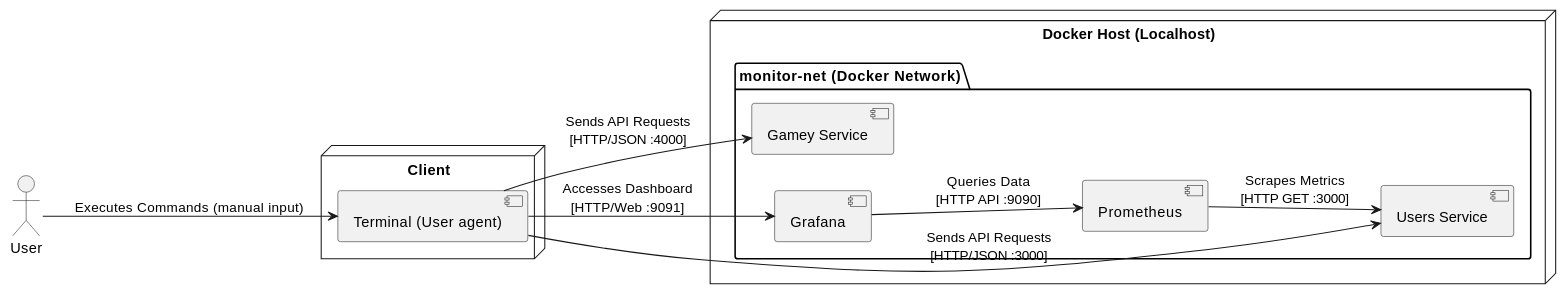
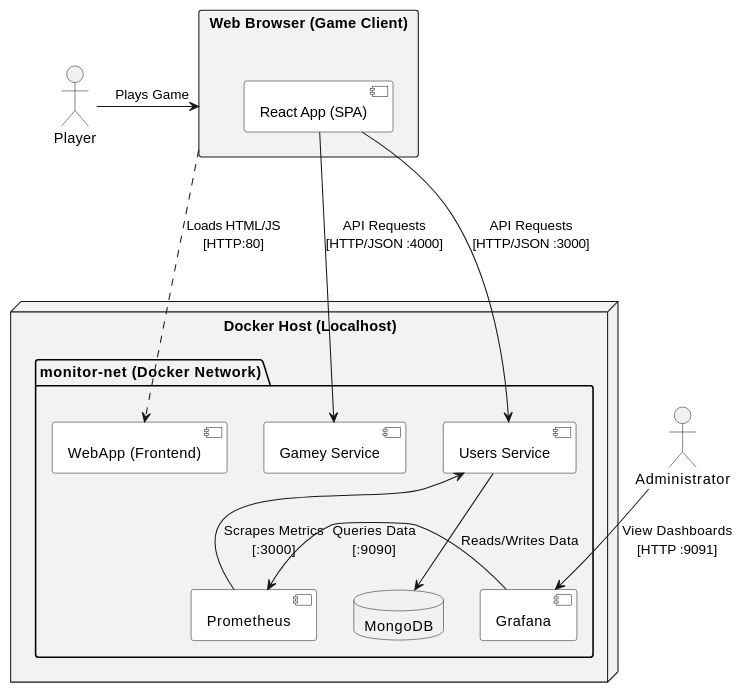
The second of 2 diagrams in docs/src/03_context_and_scope.adoc (Arquisoft/yovi_es1a), drawn with PlantUML before and after one commit. The commit also changed other lines of this file and 3 other files, not shown here.

```diff
--- a/docs/src/03_context_and_scope.adoc
+++ b/docs/src/03_context_and_scope.adoc
@@ -100,36 +96,45 @@
 [plantuml, technical-context-diagram, png]
 ----
 @startuml
 skinparam componentStyle uml2
-skinparam backgroundColor white
-left to right direction
+skinparam componentBackgroundColor white
+skinparam packageBackgroundColor #F2F2F2
+skinparam defaultTextAlignment center
 
-actor "User" as dev
+' Ponemos a los actores en los extremos para abrir el diagrama
+actor "Player" as player
+actor "Administrator" as admin
 
-node "Client" {
-    component "Terminal (User agent)" as client
+rectangle "Web Browser (Game Client)" as browser {
+    component "React App (SPA)" as spa
 }
 
 node "Docker Host (Localhost)" {
-    
     package "monitor-net (Docker Network)" {
+        component "WebApp (Frontend)" as webapp
         component "Users Service" as users
         component "Gamey Service" as gamey
-        
+        database "MongoDB" as mongo
+
+        component "Grafana" as graf
         component "Prometheus" as prom
-        component "Grafana" as graf
     }
 }
 
+player -> browser : Plays Game
+browser ..> webapp : Loads HTML/JS\n[HTTP:80]
 
-dev --> client : Executes Commands (manual input)
+spa ---> users : API Requests\n[HTTP/JSON :3000]
+spa ---> gamey : API Requests\n[HTTP/JSON :4000]
 
-client --> users : Sends API Requests\n[HTTP/JSON :3000]
-client --> gamey : Sends API Requests\n[HTTP/JSON :4000]
-client --> graf : Accesses Dashboard\n[HTTP/Web :9091]
+users --> mongo : Reads/Writes Data
 
-graf --> prom : Queries Data\n[HTTP API :9090]
-prom --> users : Scrapes Metrics\n[HTTP GET :3000]
+
+admin --> graf : View Dashboards\n[HTTP :9091]
+
+
+graf -> prom : Queries Data\n[:9090]
+prom -up-> users : Scrapes Metrics\n[:3000]
 
 @enduml
 ----
```
